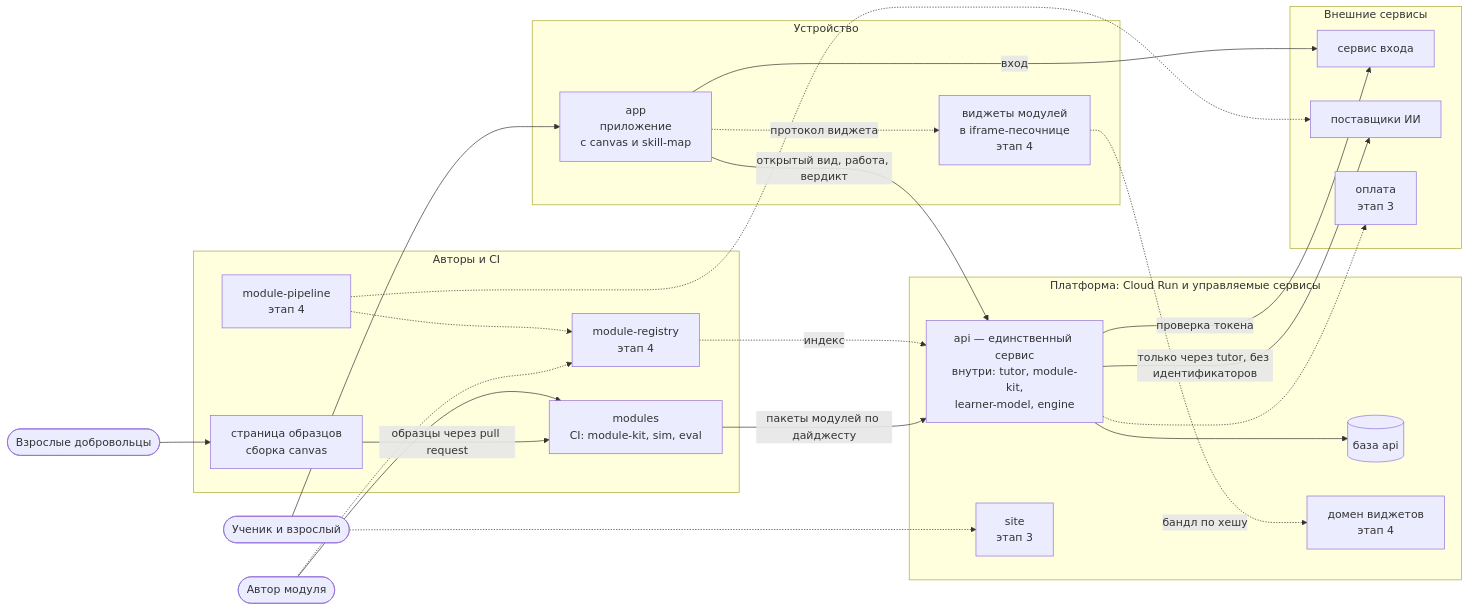
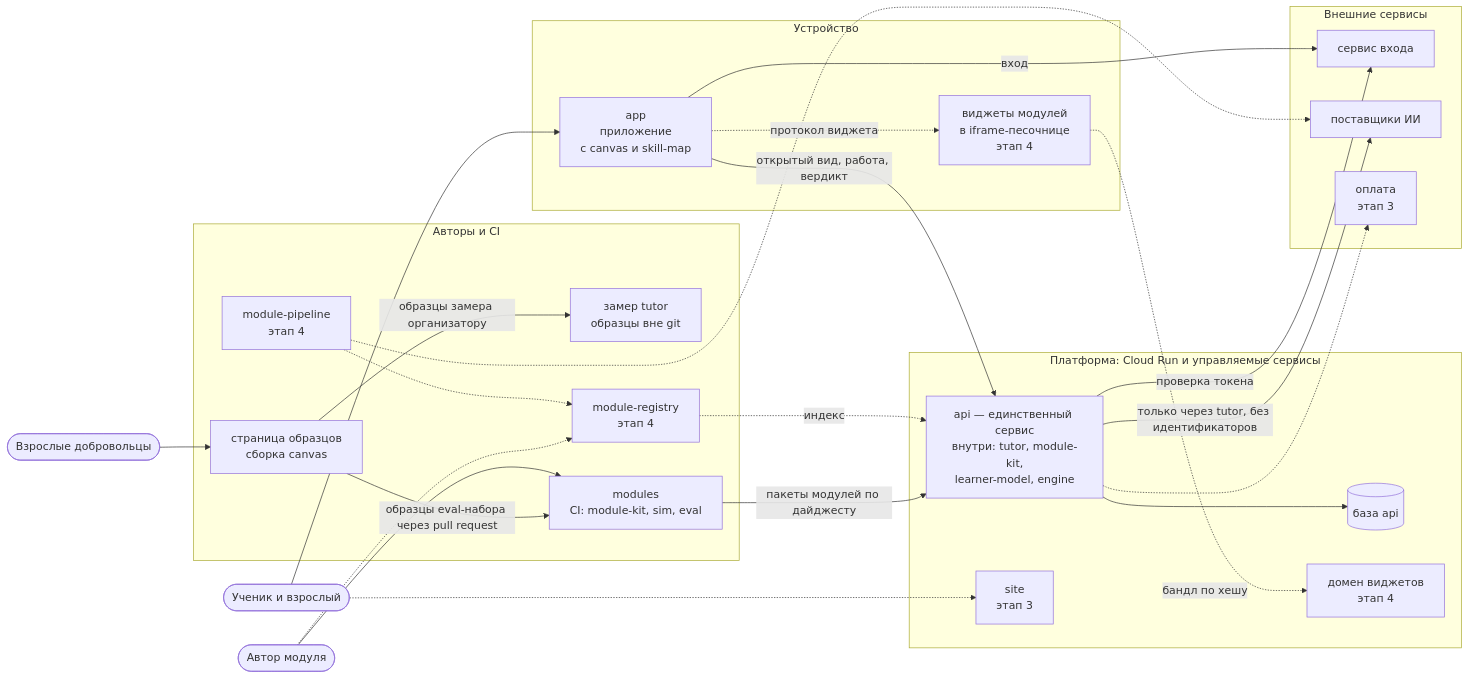
One commit to altnovatrail/spec changed the first of 2 diagrams in docs/architecture.md. Above: the diagram before and after it, drawn with Mermaid. The commit also changed other lines of this file and 7 other files, not shown here.

````diff
--- a/docs/architecture.md
+++ b/docs/architecture.md
@@ -39,45 +39,47 @@
 ```mermaid
 flowchart LR
     learner(["Ученик и взрослый"])
     author(["Автор модуля"])
     volunteer(["Взрослые добровольцы"])
     subgraph device["Устройство"]
         app["app<br/>приложение<br/>с canvas и skill-map"]
         widget["виджеты модулей<br/>в iframe-песочнице<br/>этап 4"]
     end
     subgraph platform["Платформа: Cloud Run и управляемые сервисы"]
         api["api — единственный сервис<br/>внутри: tutor, module-kit,<br/>learner-model, engine"]
         db[("база api")]
         wdom["домен виджетов<br/>этап 4"]
         site["site<br/>этап 3"]
     end
     subgraph external["Внешние сервисы"]
         idp["сервис входа"]
         ai["поставщики ИИ"]
         pay["оплата<br/>этап 3"]
     end
     subgraph authoring["Авторы и CI"]
         samples["страница образцов<br/>сборка canvas"]
+        meas["замер tutor<br/>образцы вне git"]
         mods["modules<br/>CI: module-kit, sim, eval"]
         reg["module-registry<br/>этап 4"]
         pipe["module-pipeline<br/>этап 4"]
     end
     learner --> app
     learner -.-> site
     app -->|"открытый вид, работа, вердикт"| api
     app -->|"вход"| idp
     app -.->|"протокол виджета"| widget
     widget -.->|"бандл по хешу"| wdom
     api --> db
     api -->|"проверка токена"| idp
     api -->|"только через tutor, без идентификаторов"| ai
     api -.-> pay
     volunteer --> samples
-    samples -->|"образцы через pull request"| mods
+    samples -->|"образцы eval-набора через pull request"| mods
+    samples -->|"образцы замера организатору"| meas
     author --> mods
     mods -->|"пакеты модулей по дайджесту"| api
     author -.-> reg
     pipe -.-> reg
     pipe -.-> ai
     reg -.->|"индекс"| api
 ```
````
